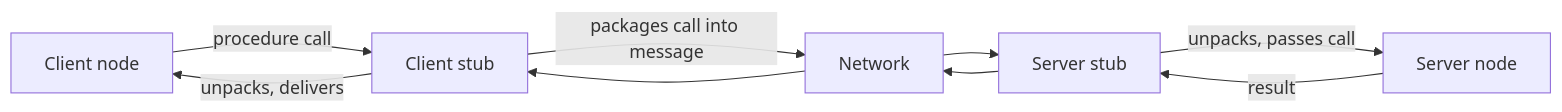
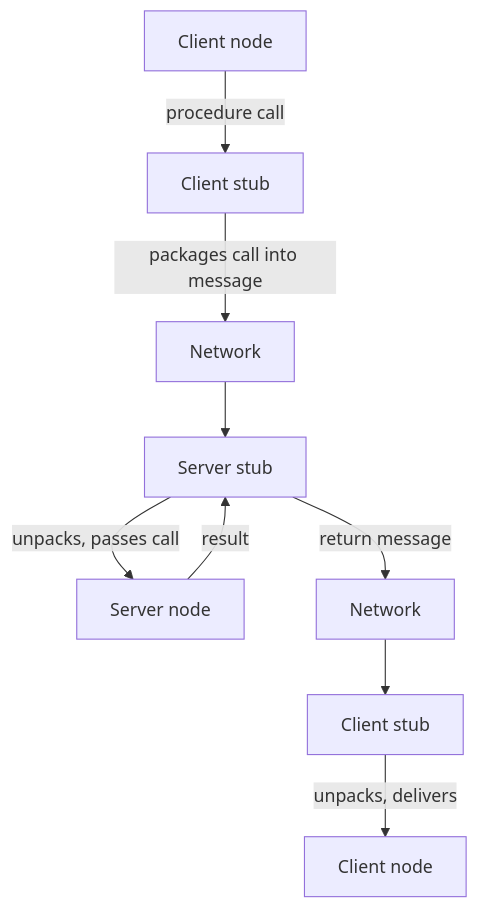
Before and after one commit to sanjaykumarpushadapu/MTech: the tenth of 14 diagrams in 2026-2027-Sem1/AIMLCZG549-APIDrivenCloudNativeSolutions/notes/S01-api-basics.md, drawn with Mermaid. The commit also changed other lines of this file and 3 other files, not shown here.

Commit message:
fixs mermaid

````diff
--- a/2026-2027-Sem1/AIMLCZG549-APIDrivenCloudNativeSolutions/notes/S01-api-basics.md
+++ b/2026-2027-Sem1/AIMLCZG549-APIDrivenCloudNativeSolutions/notes/S01-api-basics.md
@@ -606,11 +607,11 @@
 ```mermaid
-flowchart LR
+flowchart TD
     CN[Client node] -->|procedure call| CST[Client stub]
     CST -->|packages call into message| NET[Network]
     NET --> SST[Server stub]
     SST -->|unpacks, passes call| SN[Server node]
     SN -->|result| SST
-    SST --> NET
-    NET --> CST
-    CST -->|unpacks, delivers| CN
+    SST -->|return message| NET2[Network]
+    NET2 --> CST2[Client stub]
+    CST2 -->|unpacks, delivers| CN2[Client node]
 ```
````
